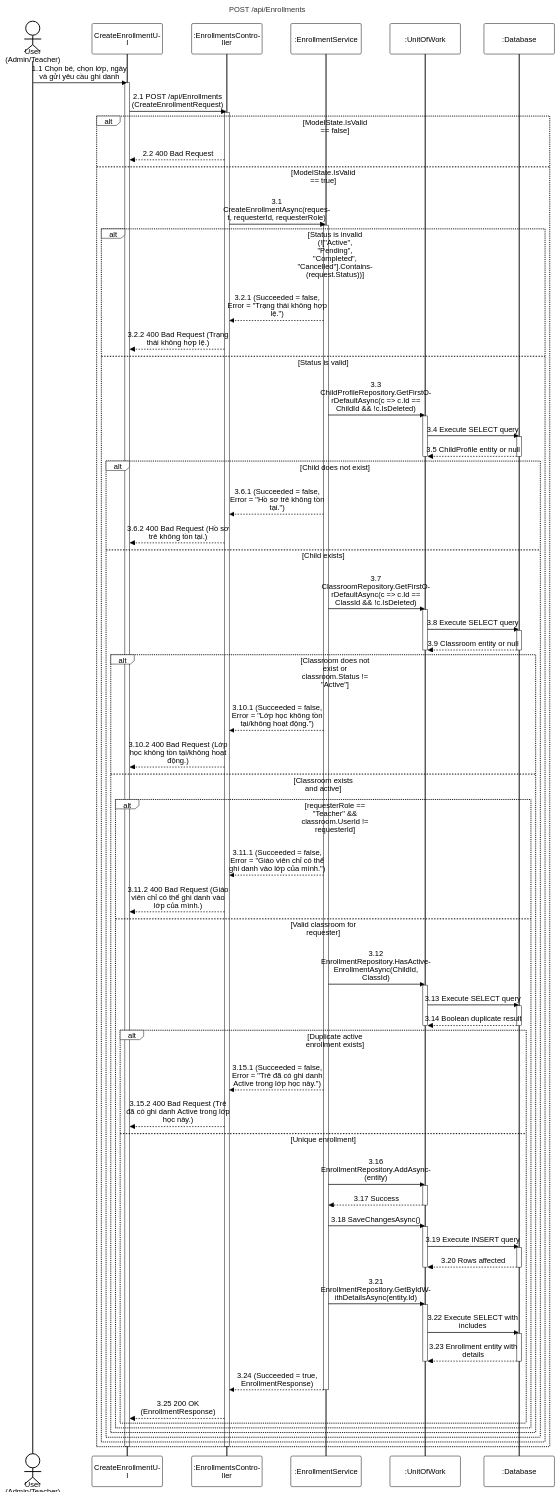
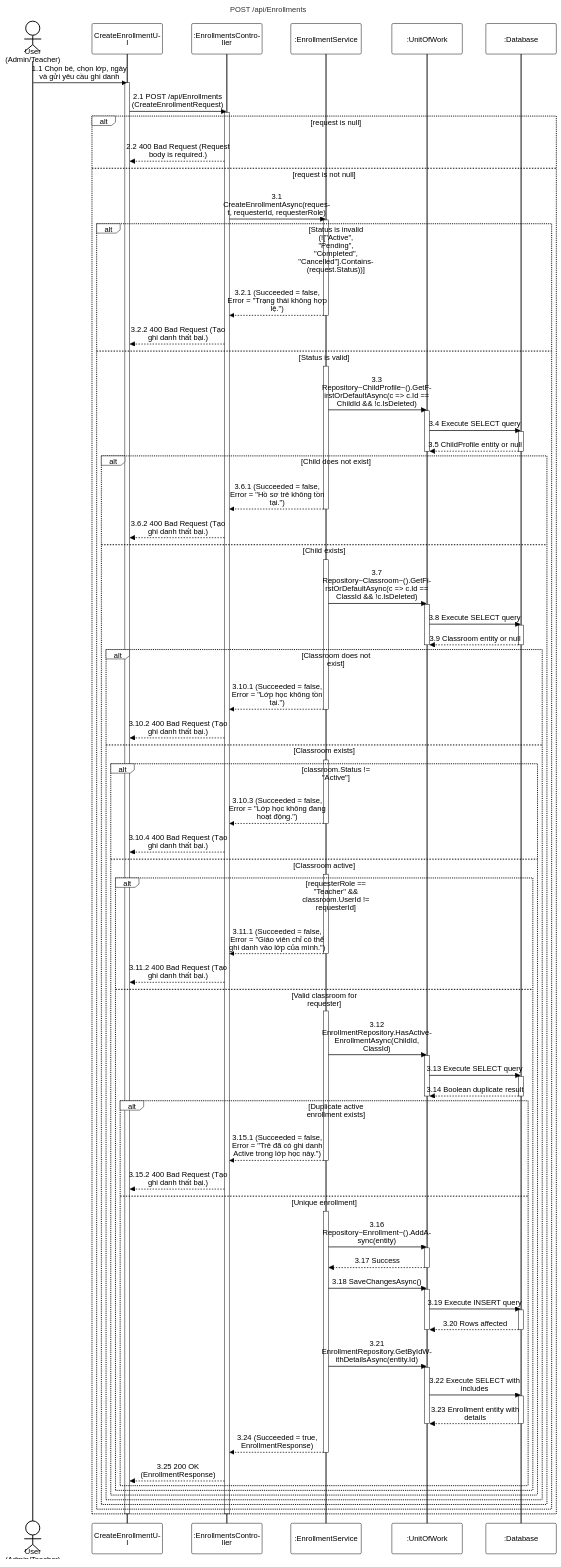
One commit to PhucAnDev/docx-diagram changed the diagram in 06-child-profile-enrollment/sequence-diagram/apis/create-enrollment.mmd. Above: the diagram before and after it, drawn with Mermaid. The commit also changed 5 other files, not shown here.

Commit message:
fix: update create-enrollment.mmd, update-enrollment.mmd, and transfer-class.mmd with correct repository calls, validations, error messages, and activations

```diff
--- a/06-child-profile-enrollment/sequence-diagram/apis/create-enrollment.mmd
+++ b/06-child-profile-enrollment/sequence-diagram/apis/create-enrollment.mmd
@@ -1,97 +1,114 @@
 %%{init: {'theme':'base', 'themeVariables': {'actorBkg':'#ffffff','actorBorder':'#000000','actorTextColor':'#000000','actorLineColor':'#000000','signalColor':'#000000','signalTextColor':'#000000','labelBoxBkgColor':'#ffffff','labelBoxBorderColor':'#000000','labelTextColor':'#000000','loopTextColor':'#000000','noteBkgColor':'#ffffff','noteBorderColor':'#000000','noteTextColor':'#000000','activationBorderColor':'#000000','activationBkgColor':'#ffffff','sequenceNumberColor':'#000000'}, 'sequence': {'width':150,'height':65,'actorFontSize':16,'messageFontSize':16,'wrap':true,'wrapPadding':10}}}%%
 sequenceDiagram
     title POST /api/Enrollments
     actor User as User (Admin/Teacher)
     participant UI as CreateEnrollmentUI
     participant Endpoint as :EnrollmentsController
     participant Service as :EnrollmentService
     participant DB as :UnitOfWork
     participant Database as :Database
 
     User->>UI: 1.1 Chọn bé, chọn lớp, ngày và gửi yêu cầu ghi danh
     activate UI
     UI->>Endpoint: 2.1 POST /api/Enrollments (CreateEnrollmentRequest)
     activate Endpoint
 
-    alt ModelState.IsValid == false
-        Endpoint-->>UI: 2.2 400 Bad Request
-    else ModelState.IsValid == true
+    alt request is null
+        Endpoint-->>UI: 2.2 400 Bad Request (Request body is required.)
+    else request is not null
         Endpoint->>Service: 3.1 CreateEnrollmentAsync(request, requesterId, requesterRole)
         activate Service
 
         alt Status is invalid (!["Active", "Pending", "Completed", "Cancelled"].Contains(request.Status))
             Service-->>Endpoint: 3.2.1 (Succeeded = false, Error = "Trạng thái không hợp lệ.")
-            Endpoint-->>UI: 3.2.2 400 Bad Request (Trạng thái không hợp lệ.)
+            deactivate Service
+            Endpoint-->>UI: 3.2.2 400 Bad Request (Tạo ghi danh thất bại.)
         else Status is valid
-            Service->>DB: 3.3 ChildProfileRepository.GetFirstOrDefaultAsync(c => c.Id == ChildId && !c.IsDeleted)
+            activate Service
+            Service->>DB: 3.3 Repository~ChildProfile~().GetFirstOrDefaultAsync(c => c.Id == ChildId && !c.IsDeleted)
             activate DB
             DB->>Database: 3.4 Execute SELECT query
             activate Database
             Database-->>DB: 3.5 ChildProfile entity or null
             deactivate Database
             deactivate DB
 
             alt Child does not exist
                 Service-->>Endpoint: 3.6.1 (Succeeded = false, Error = "Hồ sơ trẻ không tồn tại.")
-                Endpoint-->>UI: 3.6.2 400 Bad Request (Hồ sơ trẻ không tồn tại.)
+                deactivate Service
+                Endpoint-->>UI: 3.6.2 400 Bad Request (Tạo ghi danh thất bại.)
             else Child exists
-                Service->>DB: 3.7 ClassroomRepository.GetFirstOrDefaultAsync(c => c.Id == ClassId && !c.IsDeleted)
+                activate Service
+                Service->>DB: 3.7 Repository~Classroom~().GetFirstOrDefaultAsync(c => c.Id == ClassId && !c.IsDeleted)
                 activate DB
                 DB->>Database: 3.8 Execute SELECT query
                 activate Database
                 Database-->>DB: 3.9 Classroom entity or null
                 deactivate Database
                 deactivate DB
 
-                alt Classroom does not exist or classroom.Status != "Active"
-                    Service-->>Endpoint: 3.10.1 (Succeeded = false, Error = "Lớp học không tồn tại/không hoạt động.")
-                    Endpoint-->>UI: 3.10.2 400 Bad Request (Lớp học không tồn tại/không hoạt động.)
-                else Classroom exists and active
-                    alt requesterRole == "Teacher" && classroom.UserId != requesterId
-                        Service-->>Endpoint: 3.11.1 (Succeeded = false, Error = "Giáo viên chỉ có thể ghi danh vào lớp của mình.")
-                        Endpoint-->>UI: 3.11.2 400 Bad Request (Giáo viên chỉ có thể ghi danh vào lớp của mình.)
-                    else Valid classroom for requester
-                        Service->>DB: 3.12 EnrollmentRepository.HasActiveEnrollmentAsync(ChildId, ClassId)
-                        activate DB
-                        DB->>Database: 3.13 Execute SELECT query
-                        activate Database
-                        Database-->>DB: 3.14 Boolean duplicate result
-                        deactivate Database
-                        deactivate DB
-
-                        alt Duplicate active enrollment exists
-                            Service-->>Endpoint: 3.15.1 (Succeeded = false, Error = "Trẻ đã có ghi danh Active trong lớp học này.")
-                            Endpoint-->>UI: 3.15.2 400 Bad Request (Trẻ đã có ghi danh Active trong lớp học này.)
-                        else Unique enrollment
-                            Service->>DB: 3.16 EnrollmentRepository.AddAsync(entity)
+                alt Classroom does not exist
+                    Service-->>Endpoint: 3.10.1 (Succeeded = false, Error = "Lớp học không tồn tại.")
+                    deactivate Service
+                    Endpoint-->>UI: 3.10.2 400 Bad Request (Tạo ghi danh thất bại.)
+                else Classroom exists
+                    activate Service
+                    alt classroom.Status != "Active"
+                        Service-->>Endpoint: 3.10.3 (Succeeded = false, Error = "Lớp học không đang hoạt động.")
+                        deactivate Service
+                        Endpoint-->>UI: 3.10.4 400 Bad Request (Tạo ghi danh thất bại.)
+                    else Classroom active
+                        activate Service
+                        alt requesterRole == "Teacher" && classroom.UserId != requesterId
+                            Service-->>Endpoint: 3.11.1 (Succeeded = false, Error = "Giáo viên chỉ có thể ghi danh vào lớp của mình.")
+                            deactivate Service
+                            Endpoint-->>UI: 3.11.2 400 Bad Request (Tạo ghi danh thất bại.)
+                        else Valid classroom for requester
+                            activate Service
+                            Service->>DB: 3.12 EnrollmentRepository.HasActiveEnrollmentAsync(ChildId, ClassId)
                             activate DB
-                            DB-->>Service: 3.17 Success
-                            deactivate DB
-
-                            Service->>DB: 3.18 SaveChangesAsync()
-                            activate DB
-                            DB->>Database: 3.19 Execute INSERT query
+                            DB->>Database: 3.13 Execute SELECT query
                             activate Database
-                            Database-->>DB: 3.20 Rows affected
+                            Database-->>DB: 3.14 Boolean duplicate result
                             deactivate Database
                             deactivate DB
 
-                            Service->>DB: 3.21 EnrollmentRepository.GetByIdWithDetailsAsync(entity.Id)
-                            activate DB
-                            DB->>Database: 3.22 Execute SELECT with includes
-                            activate Database
-                            Database-->>DB: 3.23 Enrollment entity with details
-                            deactivate Database
-                            deactivate DB
+                            alt Duplicate active enrollment exists
+                                Service-->>Endpoint: 3.15.1 (Succeeded = false, Error = "Trẻ đã có ghi danh Active trong lớp học này.")
+                                deactivate Service
+                                Endpoint-->>UI: 3.15.2 400 Bad Request (Tạo ghi danh thất bại.)
+                            else Unique enrollment
+                                activate Service
+                                Service->>DB: 3.16 Repository~Enrollment~().AddAsync(entity)
+                                activate DB
+                                DB-->>Service: 3.17 Success
+                                deactivate DB
 
-                            Service-->>Endpoint: 3.24 (Succeeded = true, EnrollmentResponse)
-                            deactivate Service
-                            Endpoint-->>UI: 3.25 200 OK (EnrollmentResponse)
+                                Service->>DB: 3.18 SaveChangesAsync()
+                                activate DB
+                                DB->>Database: 3.19 Execute INSERT query
+                                activate Database
+                                Database-->>DB: 3.20 Rows affected
+                                deactivate Database
+                                deactivate DB
+
+                                Service->>DB: 3.21 EnrollmentRepository.GetByIdWithDetailsAsync(entity.Id)
+                                activate DB
+                                DB->>Database: 3.22 Execute SELECT with includes
+                                activate Database
+                                Database-->>DB: 3.23 Enrollment entity with details
+                                deactivate Database
+                                deactivate DB
+
+                                Service-->>Endpoint: 3.24 (Succeeded = true, EnrollmentResponse)
+                                deactivate Service
+                                Endpoint-->>UI: 3.25 200 OK (EnrollmentResponse)
+                            end
                         end
                     end
                 end
             end
         end
     end
     deactivate Endpoint
     deactivate UI
```
